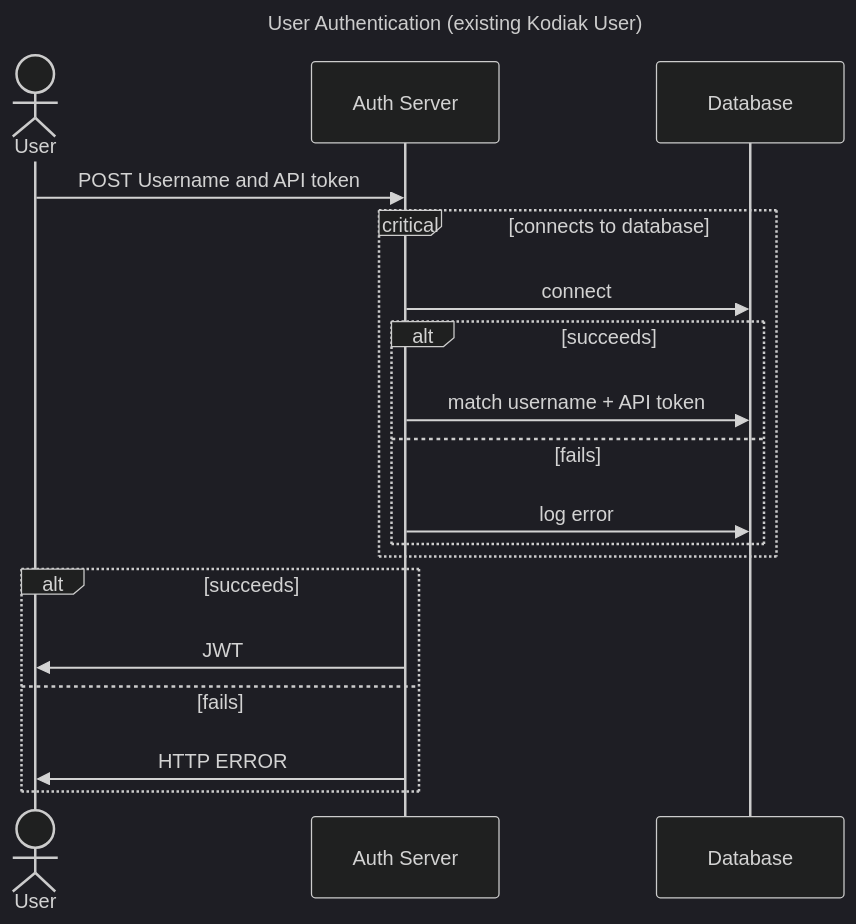
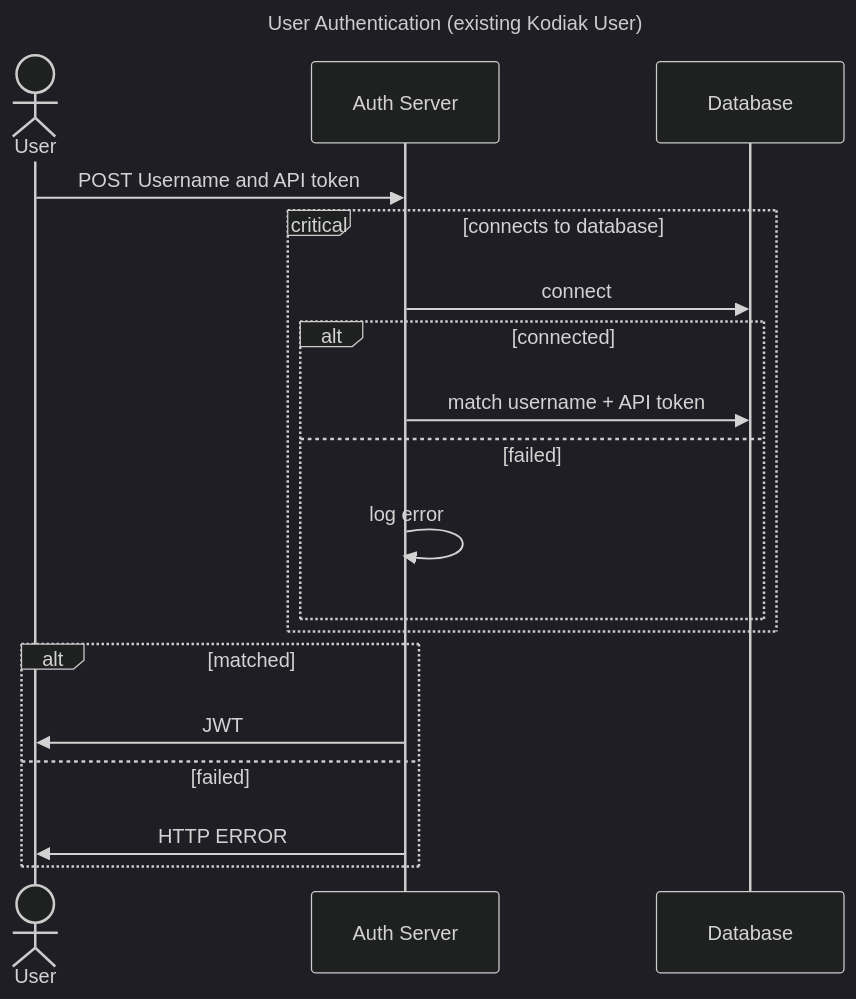
Before and after one commit to polarlabs/kodiak-diagrams: the diagram in auth-server/USER-AUTHENTICATION-SEQUENCE.md, drawn with Mermaid (dark theme).

Commit message:
fix: log error.

````diff
--- a/auth-server/USER-AUTHENTICATION-SEQUENCE.md
+++ b/auth-server/USER-AUTHENTICATION-SEQUENCE.md
@@ -3,23 +3,23 @@
 ```mermaid
 ---
 title: User Authentication (existing Kodiak User)
 ---
 sequenceDiagram
     actor       U as User
     participant S as Auth Server
     participant D as Database
     U ->> S: POST Username and API token
     critical connects to database
         S ->>  D: connect
-        alt succeeds
+        alt connected
            S ->>  D: match username + API token
-        else fails
-           S ->>  D: log error
+        else failed
+           S ->>  S: log error
         end
     end
-    alt succeeds
+    alt matched
         S ->> U: JWT
-    else fails
+    else failed
         S ->> U: HTTP ERROR
     end
 ```
````
